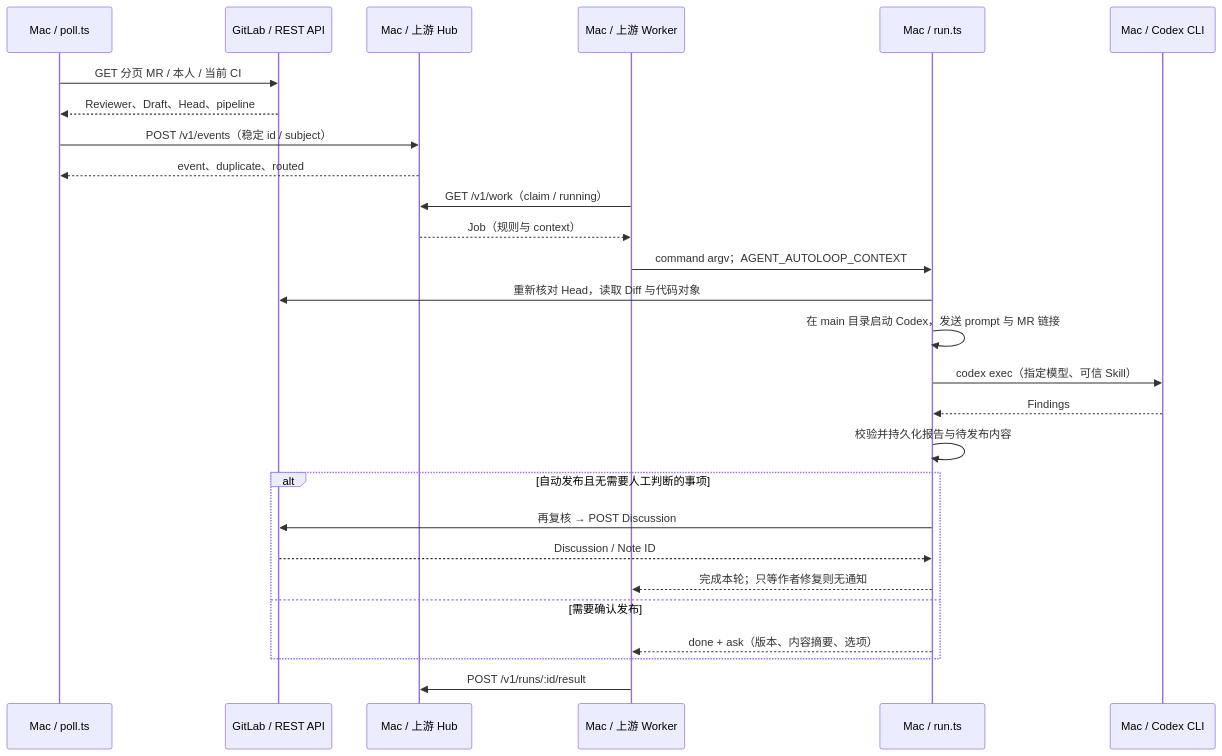
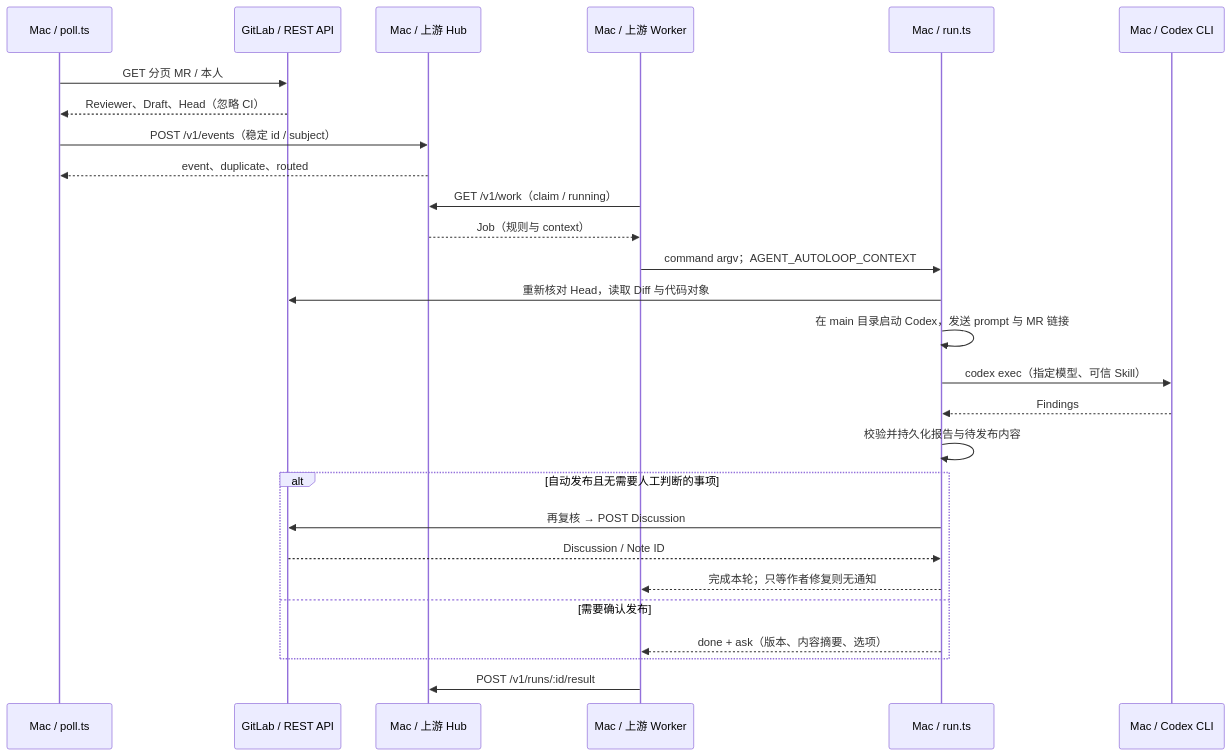
The fourth of 5 diagrams in docs/specs/local_agent_automation.md (OOSYOO/agent-autoloop), drawn with Mermaid before and after one commit. The commit also changed other lines of this file and 28 other files, not shown here.

````diff
--- a/docs/specs/local_agent_automation.md
+++ b/docs/specs/local_agent_automation.md
@@ -110,29 +264,29 @@
 ```mermaid
 sequenceDiagram
     participant P as Mac / poll.ts
     participant G as GitLab / REST API
     participant H as Mac / 上游 Hub
     participant W as Mac / 上游 Worker
     participant R as Mac / run.ts
     participant X as Mac / Codex CLI
-    P->>G: GET 分页 MR / 本人 / 当前 CI
-    G-->>P: Reviewer、Draft、Head、pipeline
+    P->>G: GET 分页 MR / 本人
+    G-->>P: Reviewer、Draft、Head（忽略 CI）
     P->>H: POST /v1/events（稳定 id / subject）
     H-->>P: event、duplicate、routed
     W->>H: GET /v1/work（claim / running）
     H-->>W: Job（规则与 context）
     W->>R: command argv；AGENT_AUTOLOOP_CONTEXT
     R->>G: 重新核对 Head，读取 Diff 与代码对象
     R->>R: 在 main 目录启动 Codex，发送 prompt 与 MR 链接
     R->>X: codex exec（指定模型、可信 Skill）
     X-->>R: Findings
     R->>R: 校验并持久化报告与待发布内容
     alt 自动发布且无需要人工判断的事项
         R->>G: 再复核 → POST Discussion
         G-->>R: Discussion / Note ID
         R-->>W: 完成本轮；只等作者修复则无通知
     else 需要确认发布
         R-->>W: done + ask（版本、内容摘要、选项）
     end
     W->>H: POST /v1/runs/:id/result
 ```
````
